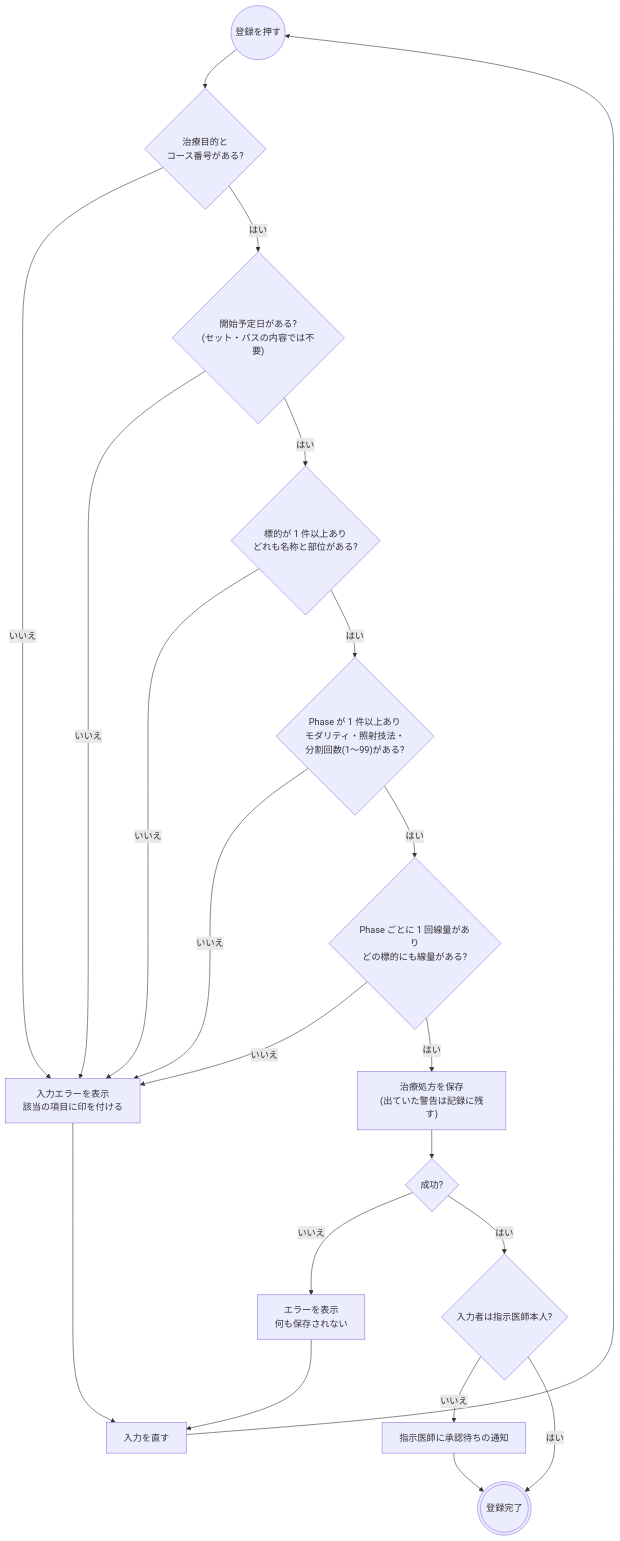
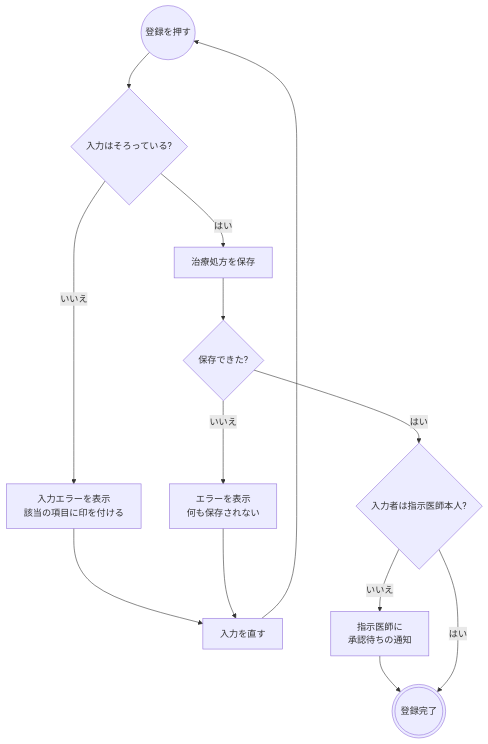
The second of 6 diagrams in docs/flows/radiotherapy.md (ysnr-dev/fhir-client-docs), drawn with Mermaid before and after one commit. The commit also changed other lines of this file and 43 other files, not shown here.

Commit message:
docs: 業務フローとシーケンス図を写し直し

````diff
--- a/docs/flows/radiotherapy.md
+++ b/docs/flows/radiotherapy.md
@@ -92,34 +132,21 @@
 ```mermaid
 flowchart TD
   submit(("登録を押す"))
-  intent{"治療目的と<br/>コース番号がある?"}
-  date{"開始予定日がある?<br/>(セット・パスの内容では不要)"}
-  volume{"標的が 1 件以上あり<br/>どれも名称と部位がある?"}
-  phase{"Phase が 1 件以上あり<br/>モダリティ・照射技法・<br/>分割回数(1〜99)がある?"}
-  dose{"Phase ごとに 1 回線量があり<br/>どの標的にも線量がある?"}
+  check{"入力はそろっている?"}
   error["入力エラーを表示<br/>該当の項目に印を付ける"]
-  send["治療処方を保存<br/>(出ていた警告は記録に残す)"]
-  result{"成功?"}
+  fix["入力を直す"]
+  send["治療処方を保存"]
+  result{"保存できた?"}
   failed["エラーを表示<br/>何も保存されない"]
   proxy{"入力者は指示医師本人?"}
-  approval["指示医師に承認待ちの通知"]
+  approval["指示医師に<br/>承認待ちの通知"]
   done((("登録完了")))
-  fix["入力を直す"]
 
-  submit --> intent
-  intent -- "いいえ" --> error
-  intent -- "はい" --> date
-  date -- "いいえ" --> error
-  date -- "はい" --> volume
-  volume -- "いいえ" --> error
-  volume -- "はい" --> phase
-  phase -- "いいえ" --> error
-  phase -- "はい" --> dose
-  dose -- "いいえ" --> error
-  dose -- "はい" --> send --> result
+  submit --> check
+  check -- "いいえ" --> error --> fix --> submit
+  check -- "はい" --> send --> result
   result -- "いいえ" --> failed --> fix
   result -- "はい" --> proxy
   proxy -- "いいえ" --> approval --> done
   proxy -- "はい" --> done
-  error --> fix --> submit
 ```
````
